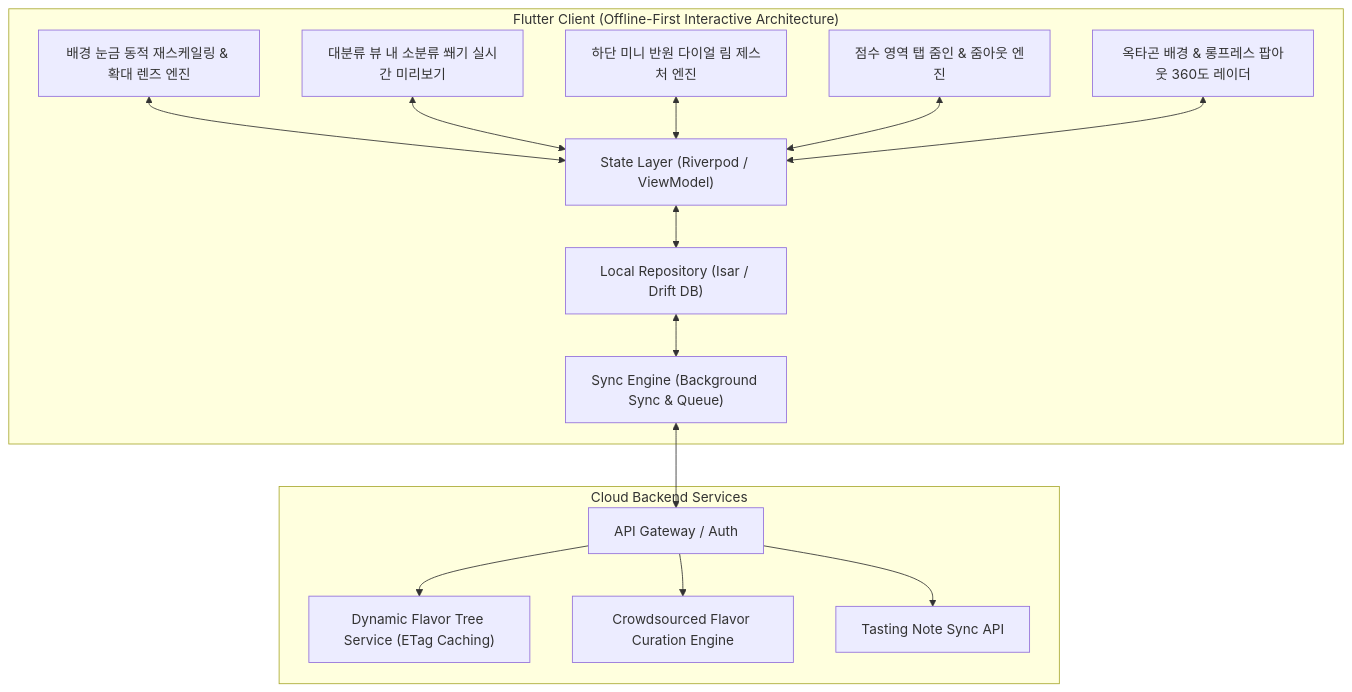
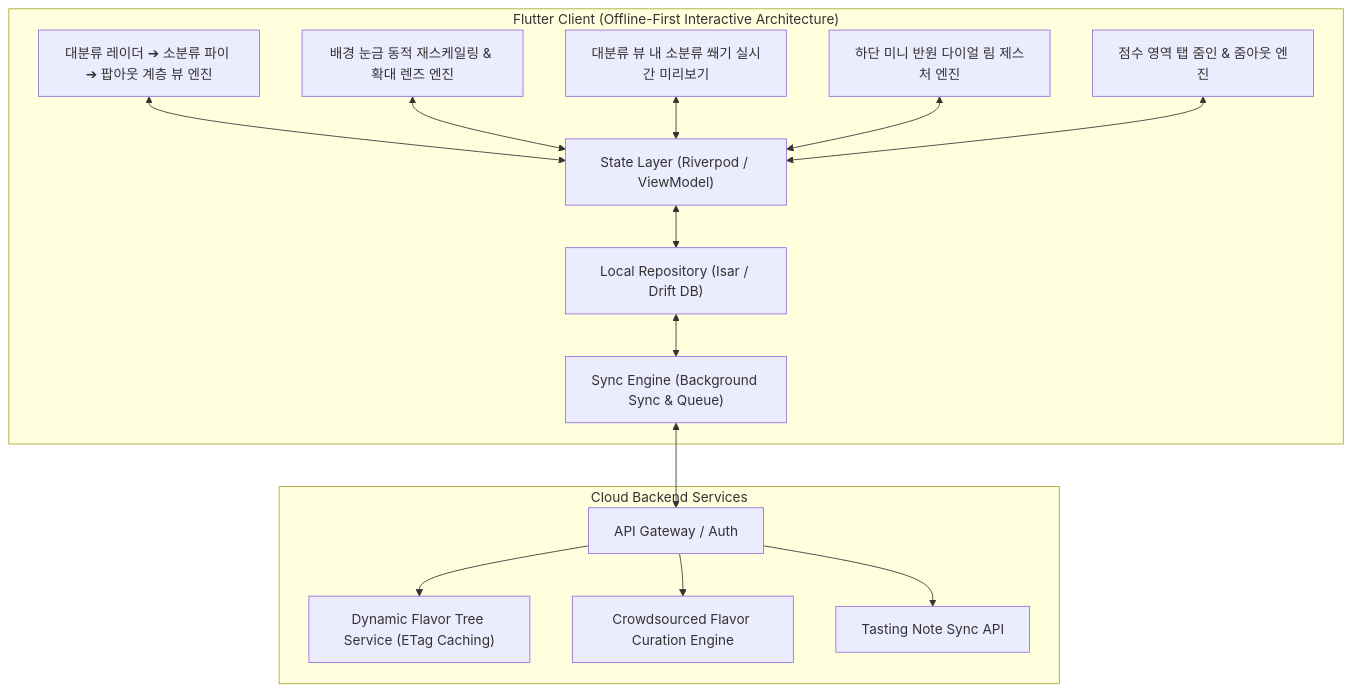
One commit to chanhooop/FlavorWheel changed the diagram in README.md. Above: the diagram before and after it, drawn with Mermaid. The commit also changed other lines of this file and 1 other file, not shown here.

Commit message:
feat: 완성형 차트 대분류 레이더만 우선 표시 -> 탭 시 소분류 파이 전환 -> 파이 탭 시 1.45x 확대 -> 바깥쪽 탭 시 레이더 복귀 인터랙션 구현

````diff
--- a/README.md
+++ b/README.md
@@ -84,34 +102,34 @@
 ```mermaid
 graph TB
     subgraph Client ["Flutter Client (Offline-First Interactive Architecture)"]
+        ProgressiveCardEngine["대분류 레이더 ➔ 소분류 파이 ➔ 팝아웃 계층 뷰 엔진"]
         DynamicGridEngine["배경 눈금 동적 재스케일링 & 확대 렌즈 엔진"]
         InWheelPreviewEngine["대분류 뷰 내 소분류 쐐기 실시간 미리보기"]
         MiniDialEngine["하단 미니 반원 다이얼 림 제스처 엔진"]
         TapZoomEngine["점수 영역 탭 줌인 & 줌아웃 엔진"]
-        OctagonRadarEngine["옥타곤 배경 & 롱프레스 팝아웃 360도 레이더"]
 
         State["State Layer (Riverpod / ViewModel)"]
         SyncEngine["Sync Engine (Background Sync & Queue)"]
         LocalRepository["Local Repository (Isar / Drift DB)"]
 
+        ProgressiveCardEngine <--> State
         DynamicGridEngine <--> State
         InWheelPreviewEngine <--> State
         MiniDialEngine <--> State
         TapZoomEngine <--> State
-        OctagonRadarEngine <--> State
         State <--> LocalRepository
         LocalRepository <--> SyncEngine
     end
 
     subgraph RemoteBackend ["Cloud Backend Services"]
         Gateway["API Gateway / Auth"]
         TreeService["Dynamic Flavor Tree Service (ETag Caching)"]
         CurationService["Crowdsourced Flavor Curation Engine"]
         NoteService["Tasting Note Sync API"]
     end
 
     SyncEngine <--> Gateway
     Gateway --> TreeService
     Gateway --> CurationService
     Gateway --> NoteService
 ```
````
